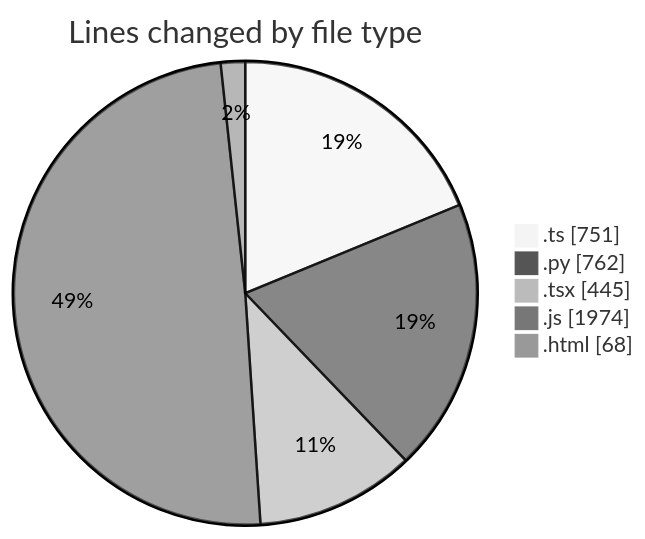
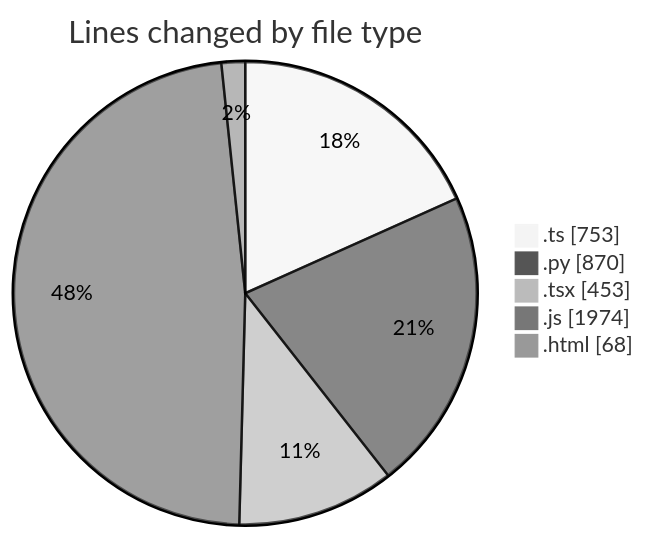
One commit to Elitesun/code-tracking changed the first of 2 diagrams in 2025-05-19/niten/README.md. Above: the diagram before and after it, drawn with Mermaid (neutral theme). The commit also changed other lines of this file and 1 other file, not shown here.

````diff
--- a/2025-05-19/niten/README.md
+++ b/2025-05-19/niten/README.md
@@ -38,9 +39,9 @@
 ```mermaid
 pie showData
 title Lines changed by file type
-".ts" : 751
-".py" : 762
-".tsx" : 445
+".ts" : 753
+".py" : 870
+".tsx" : 453
 ".js" : 1974
 ".html" : 68
 ```
````
